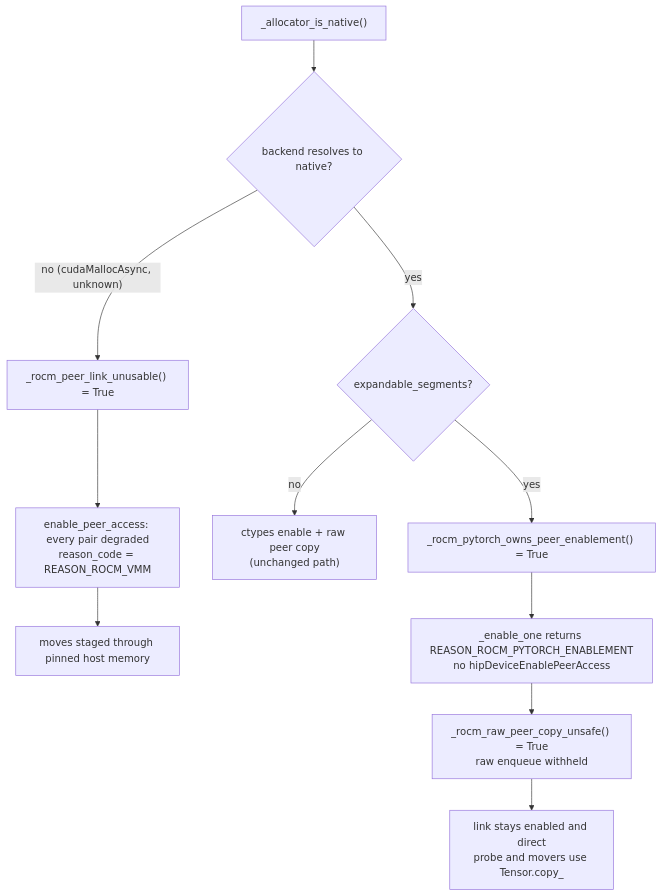
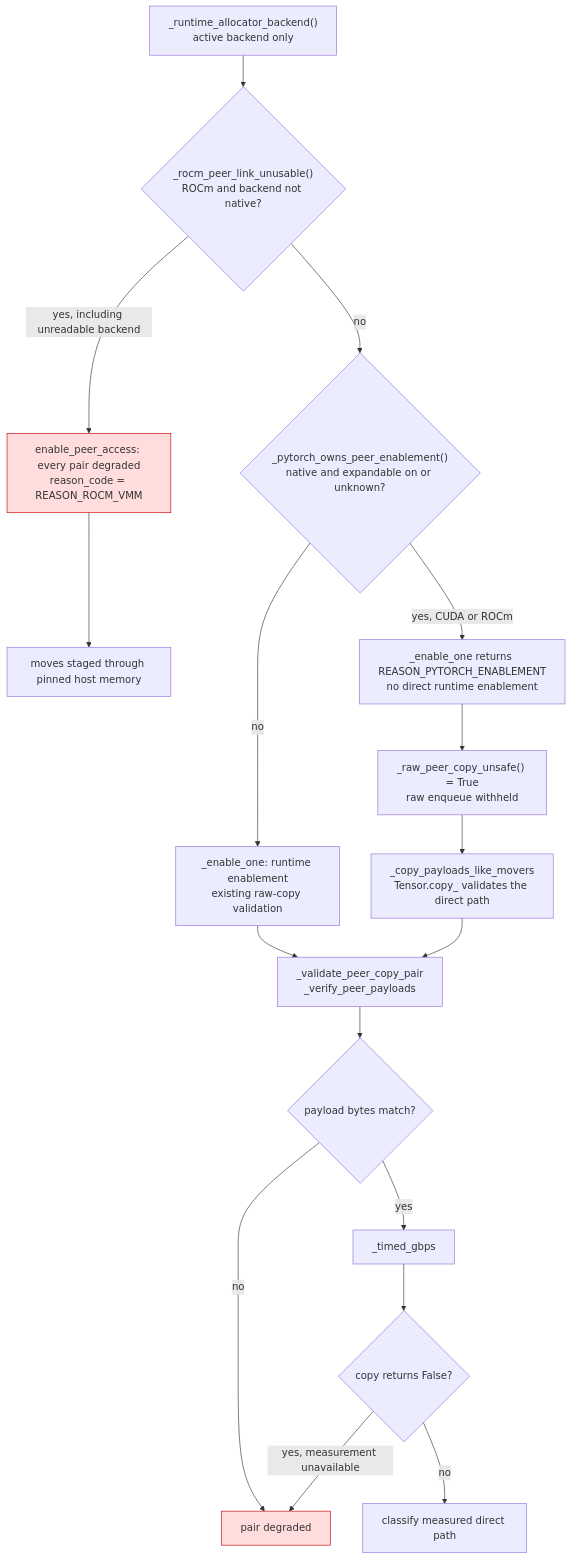
One commit to ModelCloud/GPTQModel changed the second of 2 diagrams in docs/multi_gpu_quantization.md. Above: the diagram before and after it, drawn with Mermaid. The commit also changed other lines of this file and 6 other files, not shown here.

Commit message:
fix(p2p): qualify allocator-managed peer copies on CUDA and ROCm

````diff
--- a/docs/multi_gpu_quantization.md
+++ b/docs/multi_gpu_quantization.md
@@ -183,13 +190,21 @@
 ```mermaid
 flowchart TD
-    A["_allocator_is_native()"] --> B{"backend resolves to native?"}
-    B -- "no (cudaMallocAsync, unknown)" --> C["_rocm_peer_link_unusable() = True"]
-    C --> D["enable_peer_access: every pair degraded<br/>reason_code = REASON_ROCM_VMM"]
-    D --> E["moves staged through pinned host memory"]
-    B -- "yes" --> F{"expandable_segments?"}
-    F -- "no" --> G["ctypes enable + raw peer copy<br/>(unchanged path)"]
-    F -- "yes" --> H["_rocm_pytorch_owns_peer_enablement() = True"]
-    H --> I["_enable_one returns REASON_ROCM_PYTORCH_ENABLEMENT<br/>no hipDeviceEnablePeerAccess"]
-    I --> J["_rocm_raw_peer_copy_unsafe() = True<br/>raw enqueue withheld"]
-    J --> K["link stays enabled and direct<br/>probe and movers use Tensor.copy_"]
+    A["_runtime_allocator_backend()<br/>active backend only"] --> B{"_rocm_peer_link_unusable()<br/>ROCm and backend not native?"}
+    B -- "yes, including unreadable backend" --> C["enable_peer_access: every pair degraded<br/>reason_code = REASON_ROCM_VMM"]
+    C --> D["moves staged through pinned host memory"]
+    B -- "no" --> F{"_pytorch_owns_peer_enablement()<br/>native and expandable on or unknown?"}
+    F -- "no" --> G["_enable_one: runtime enablement<br/>existing raw-copy validation"]
+    F -- "yes, CUDA or ROCm" --> H["_enable_one returns REASON_PYTORCH_ENABLEMENT<br/>no direct runtime enablement"]
+    H --> I["_raw_peer_copy_unsafe() = True<br/>raw enqueue withheld"]
+    I --> J["_copy_payloads_like_movers<br/>Tensor.copy_ validates the direct path"]
+    G --> O["_validate_peer_copy_pair<br/>_verify_peer_payloads"]
+    J --> O
+    O --> P{"payload bytes match?"}
+    P -- "no" --> M["pair degraded"]
+    P -- "yes" --> K["_timed_gbps"]
+    K --> L{"copy returns False?"}
+    L -- "yes, measurement unavailable" --> M
+    L -- "no" --> N["classify measured direct path"]
+    style C fill:#ffdddd,stroke:#cc0000
+    style M fill:#ffdddd,stroke:#cc0000
 ```
````
